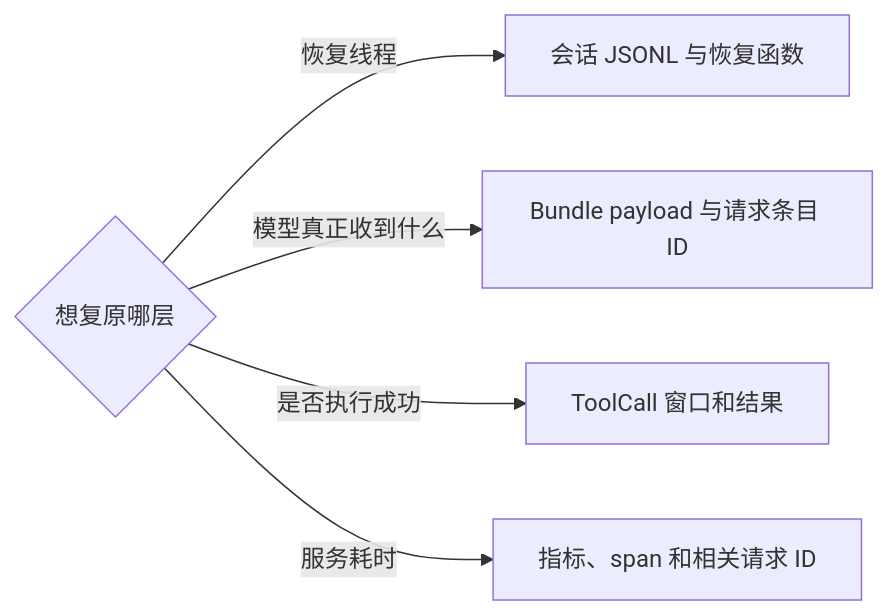
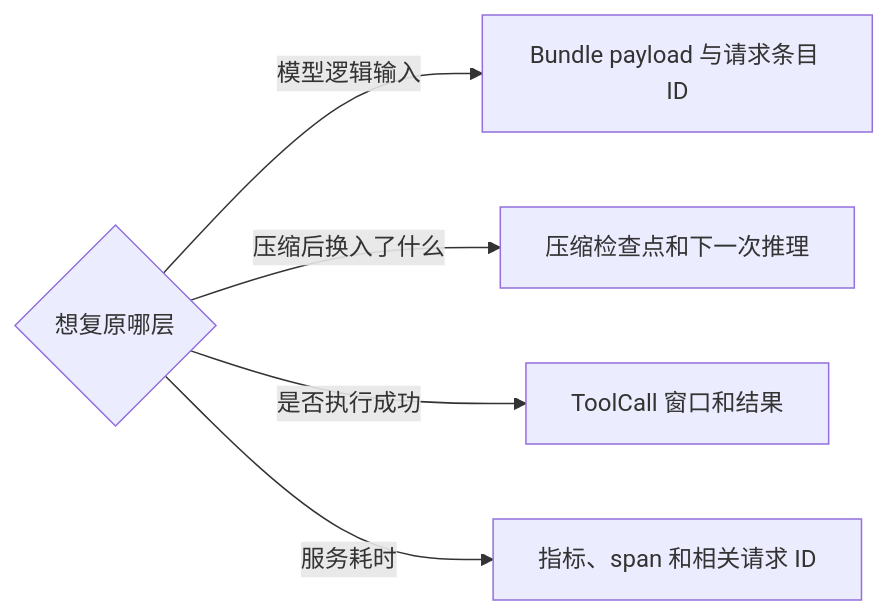
One commit to GLBB/codex changed the fifth of 5 diagrams in wiki/deep-dive/trajectory.md. Above: the diagram before and after it, drawn with Mermaid. The commit also changed other lines of this file and 28 other files, not shown here.

````diff
--- a/wiki/deep-dive/trajectory.md
+++ b/wiki/deep-dive/trajectory.md
@@ -130,7 +134,7 @@
 ```mermaid
 flowchart LR
-    Q{"想复原哪层"} -->|恢复线程| H["会话 JSONL 与恢复函数"]
-    Q -->|模型真正收到什么| I["Bundle payload 与请求条目 ID"]
+    Q{"想复原哪层"} -->|模型逻辑输入| I["Bundle payload 与请求条目 ID"]
+    Q -->|压缩后换入了什么| C["压缩检查点和下一次推理"]
     Q -->|是否执行成功| T["ToolCall 窗口和结果"]
     Q -->|服务耗时| M["指标、span 和相关请求 ID"]
 ```
````
